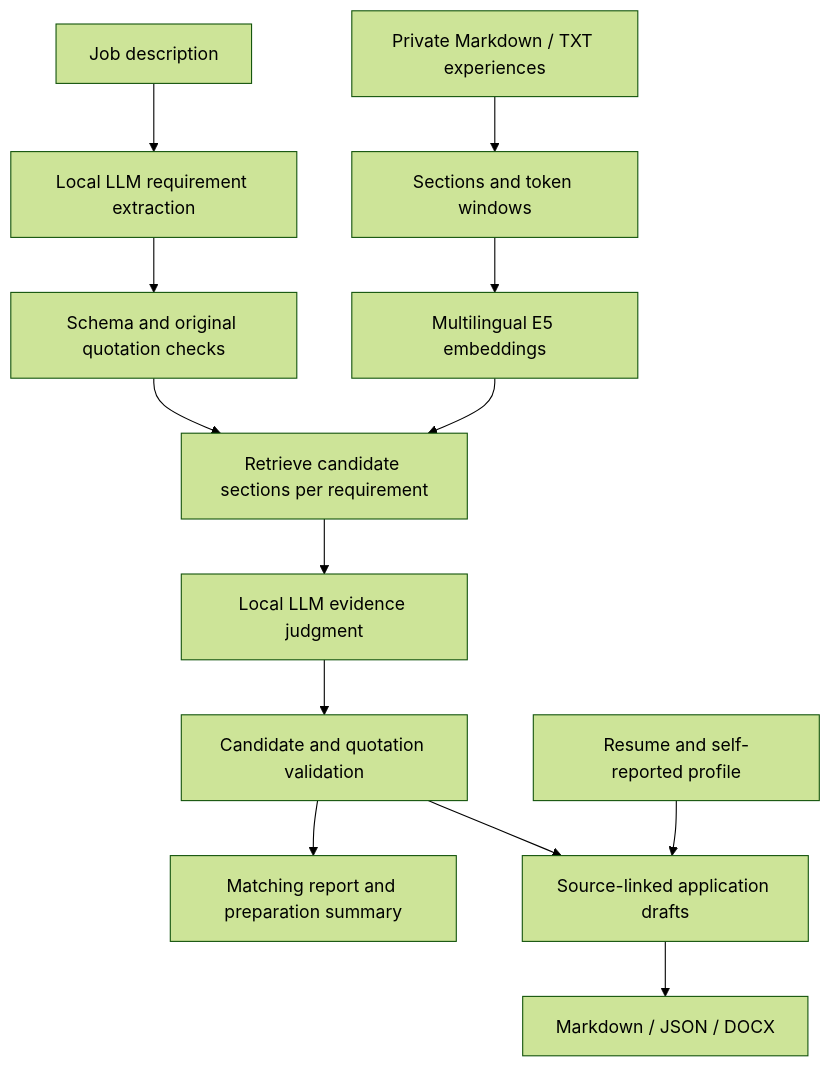
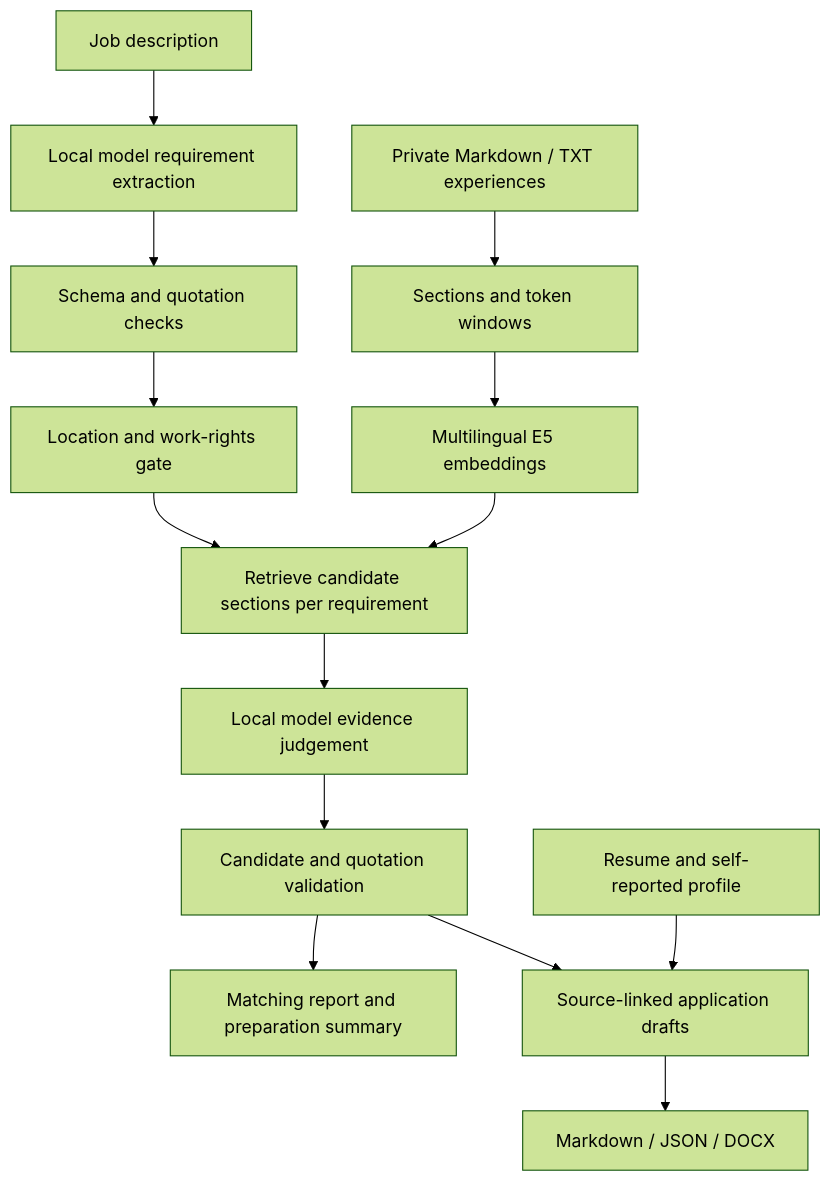
Before and after one commit to Maxwell2048/job-application-assistant: the diagram in README.md, drawn with Mermaid (forest theme). The commit also changed other lines of this file and 2 other files, not shown here.

````diff
--- a/README.md
+++ b/README.md
@@ -26,15 +79,16 @@
 ```mermaid
 flowchart TD
     A[Private Markdown / TXT experiences] --> B[Sections and token windows]
     B --> C[Multilingual E5 embeddings]
-    D[Job description] --> E[Local LLM requirement extraction]
-    E --> F[Schema and original quotation checks]
-    F --> G[Retrieve candidate sections per requirement]
+    D[Job description] --> E[Local model requirement extraction]
+    E --> F[Schema and quotation checks]
+    F --> FG[Location and work-rights gate]
+    FG --> G[Retrieve candidate sections per requirement]
     C --> G
-    G --> H[Local LLM evidence judgment]
+    G --> H[Local model evidence judgement]
     H --> I[Candidate and quotation validation]
     I --> J[Matching report and preparation summary]
     I --> K[Source-linked application drafts]
     L[Resume and self-reported profile] --> K
     K --> M[Markdown / JSON / DOCX]
 ```
````
